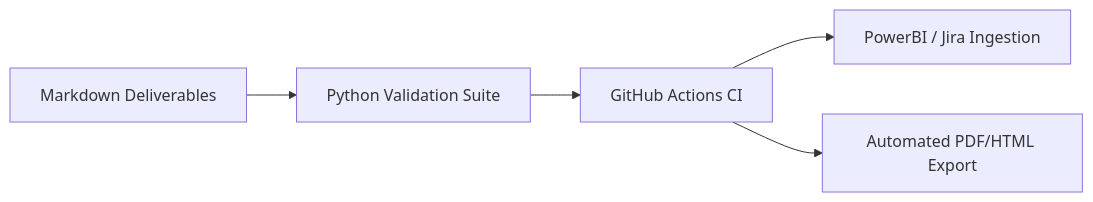
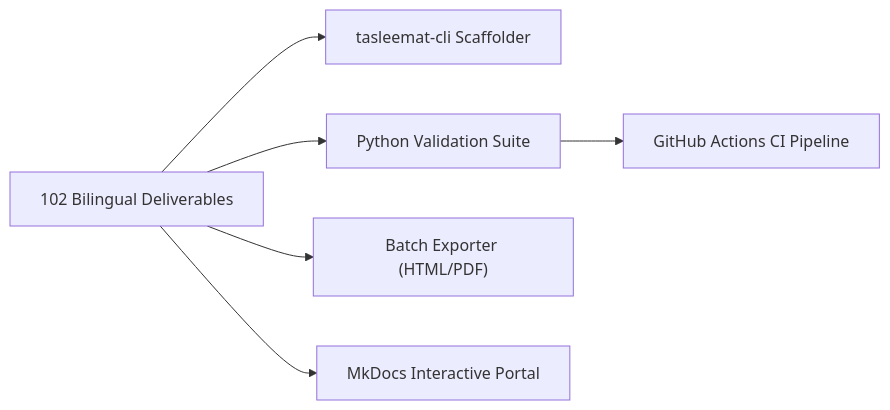
The diagram in docs/en/11_tools_and_automation.md (fakhruldeen/Tasleemat), drawn with Mermaid before and after one commit. The commit also changed other lines of this file and 12 other files, not shown here.

Commit message:
feat(okf): add Frictionless Data Package compliance, OKF guide, and automated validation

````diff
--- a/docs/en/11_tools_and_automation.md
+++ b/docs/en/11_tools_and_automation.md
@@ -18,7 +18,8 @@
 ```mermaid
 flowchart LR
-    A["Markdown Deliverables"] --> B["Python Validation Suite"]
-    B --> C["GitHub Actions CI"]
-    C --> D["PowerBI / Jira Ingestion"]
-    C --> E["Automated PDF/HTML Export"]
+    A["102 Bilingual Deliverables"] --> B["tasleemat-cli Scaffolder"]
+    A --> C["Python Validation Suite"]
+    C --> D["GitHub Actions CI Pipeline"]
+    A --> E["Batch Exporter (HTML/PDF)"]
+    A --> F["MkDocs Interactive Portal"]
 ```
````
